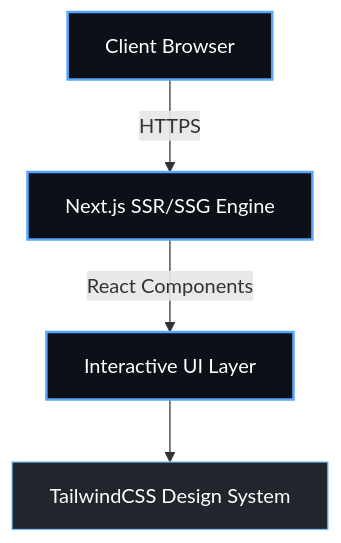
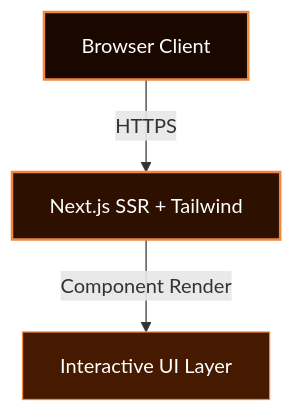
Before and after one commit to karthik-idikuda/neuro-mirror-ai: the diagram in README.md, drawn with Mermaid. The commit also changed other lines of this file, not shown here.

````diff
--- a/README.md
+++ b/README.md
@@ -32,13 +37,9 @@
 ```mermaid
 graph TD;
-    A["Client Browser"] -->|HTTPS| B["Next.js SSR/SSG Engine"];
-    B -->|React Components| C["Interactive UI Layer"];
-    C --> D["TailwindCSS Design System"];
+    A["Browser Client"] -->|"HTTPS"| B["Next.js SSR + Tailwind"];
+    B -->|"Component Render"| C["Interactive UI Layer"];
 
-    classDef frontend fill:#0d1117,stroke:#58a6ff,stroke-width:2px,color:#fff;
-    classDef backend fill:#161b22,stroke:#d2a8ff,stroke-width:2px,color:#fff;
-    classDef styling fill:#21262d,stroke:#79c0ff,stroke-width:1px,color:#fff;
-    class A,B,C frontend;
-    class D styling;
-    class E,F backend;
+    style A fill:#1a0800,stroke:#f0883e,stroke-width:2px,color:#fff
+    style B fill:#2d1000,stroke:#f0883e,stroke-width:2px,color:#fff
+    style C fill:#451a00,stroke:#f0883e,stroke-width:1px,color:#fff
 ```
````
